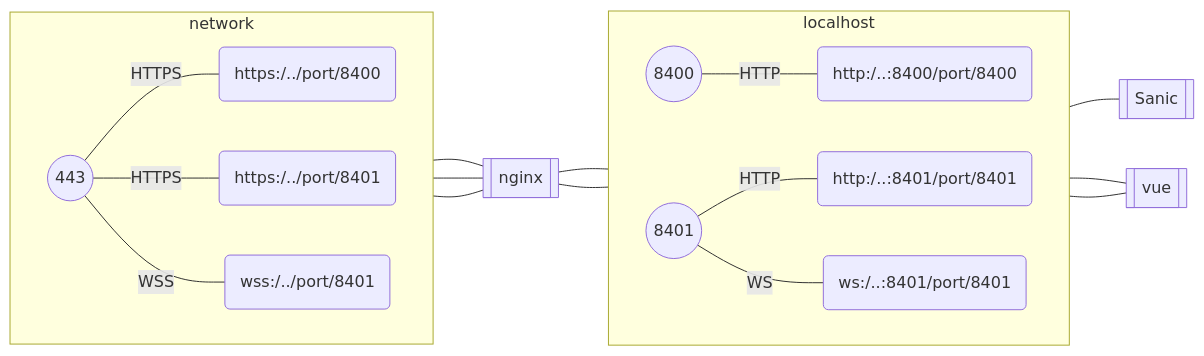
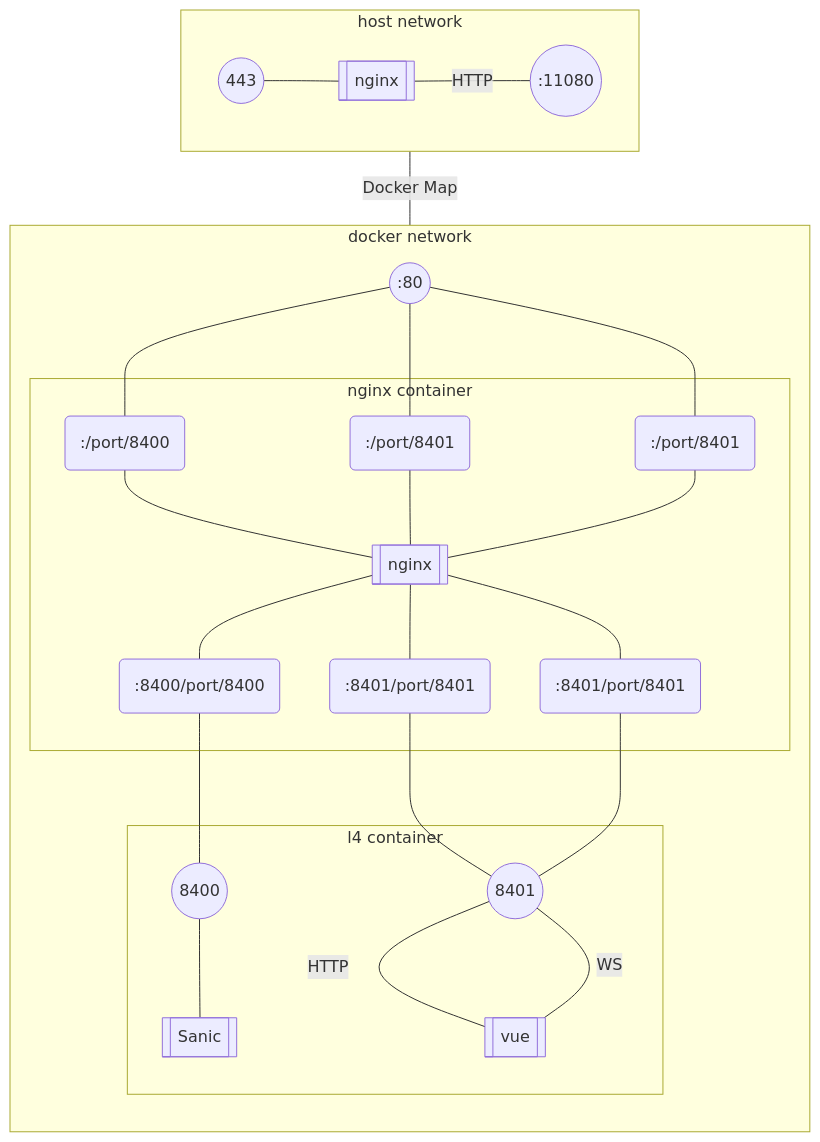
One commit to smucclaw/gsheet changed the diagram in natural4-server/natural4_server/nginx-proxy.md. Above: the diagram before and after it, drawn with Mermaid. The commit also changed other lines of this file, not shown here.

Commit message:
Docker setup diagram (#95)

````diff
--- a/natural4-server/natural4_server/nginx-proxy.md
+++ b/natural4-server/natural4_server/nginx-proxy.md
@@ -34,26 +3,54 @@
 ```mermaid
-flowchart LR
-    subgraph network
+flowchart TB
+    subgraph host [host network]
         direction LR
-        network_tls((  ))-- HTTPS ---network_https_8400(https:/../port/8400)
-        network_tls((  ))-- HTTPS ---network_https_8401(https:/../port/8401)
-        network_tls(( 443 ))-- WSS ---network_wss_8401(wss:/../port/8401)
+        network_tls(( 443 ))
+        nginx_host[[nginx]]
+        network_tls---nginx_host
+        host_http_11080((:11080))
     end
-    nginx[[nginx]]
-    network_https_8400 --- nginx
-    network_https_8401 --- nginx
-    network_wss_8401 --- nginx
 
-    subgraph localhost
-        direction LR
-        loop_8400_port(( 8400 ))-- HTTP ---loop_http_8400(http:/..:8400/port/8400)
-        loop_8401_port(( 8401 ))-- HTTP ---loop_http_8401(http:/..:8401/port/8401)
-        loop_8401_port(( 8401 ))-- WS ---loop_ws_8401(ws:/..:8401/port/8401)
+
+    
+    subgraph docker [docker network]
+        direction TB
+        docker_http_80((:80))
+        http_8400(:/port/8400)
+        http_8401(:/port/8401)
+        ws_8401(:/port/8401)
+        
+        docker_http_80---http_8400
+        docker_http_80---http_8401
+        docker_http_80---ws_8401
+
+        subgraph nginx [nginx container]
+            nginx_docker[[nginx]]
+
+            http_8400---nginx_docker
+            http_8401---nginx_docker
+            ws_8401---nginx_docker
+            
+            loop_http_8400(:8400/port/8400)
+            loop_http_8401(:8401/port/8401)
+            loop_ws_8401(:8401/port/8401)
+            nginx_docker---loop_http_8400
+            nginx_docker---loop_http_8401
+            nginx_docker---loop_ws_8401
+        end
+
+        subgraph l4 [l4 container]
+            loop_8400_port((8400))
+            loop_8401_port((8401))
+            loop_8400_port---sanic[[ Sanic ]]
+            loop_8401_port---|HTTP|vue[[ vue ]]
+            loop_8401_port---|WS|vue[[ vue ]]
+        end
+
+        loop_http_8400---loop_8400_port
+        loop_http_8401---loop_8401_port
+        loop_ws_8401---loop_8401_port
     end
-    loop_http_8400---sanic[[ Sanic ]]
-    loop_http_8401---vue[[ vue ]]
-    loop_ws_8401---vue
-    nginx---loop_8400_port
-    nginx---loop_8401_port
- 
+
+    nginx_host---|HTTP|host_http_11080
+    host_http_11080---|Docker Map|docker_http_80
 ```
````
